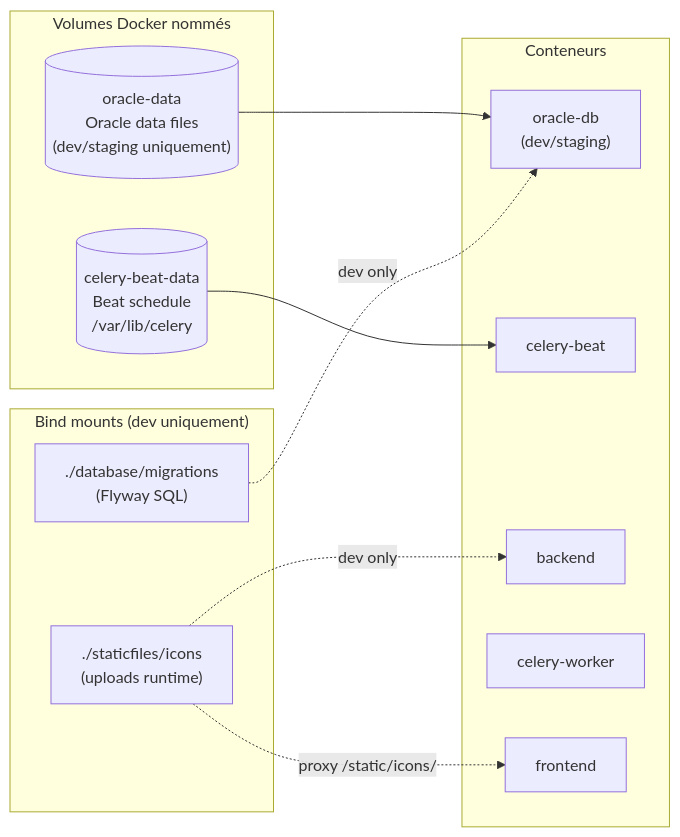
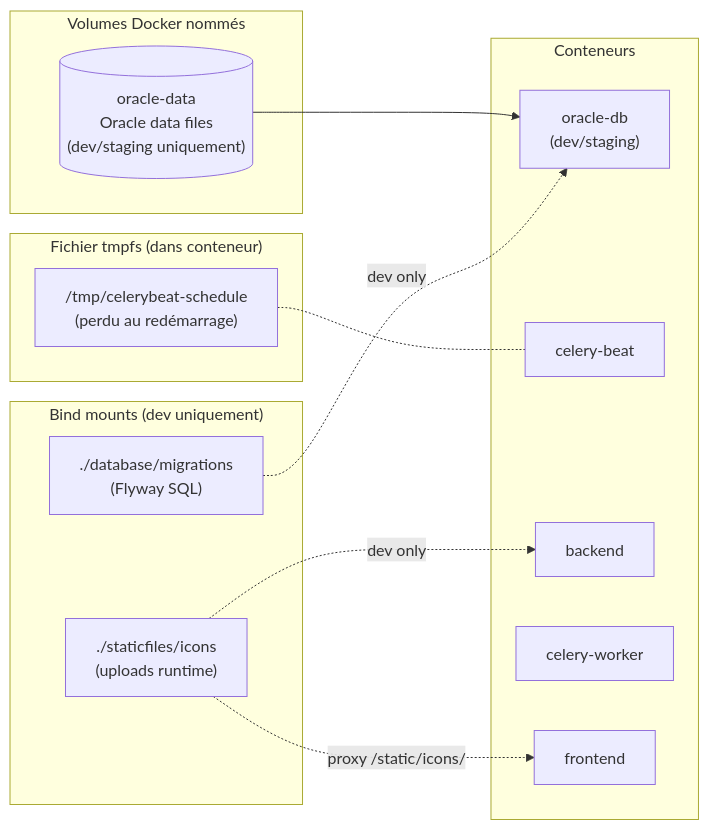
Before and after one commit to cmodiano/dbops-idp-portal: the third of 6 diagrams in docs/architecture/container-architecture.md, drawn with Mermaid. The commit also changed other lines of this file and 3 other files, not shown here.

First line of the commit message:
docs(architecture): documentation conteneurs Docker story 87-3

````diff
--- a/docs/architecture/container-architecture.md
+++ b/docs/architecture/container-architecture.md
@@ -137,26 +139,29 @@
 ```mermaid
 flowchart LR
     subgraph VOLUMES["Volumes Docker nommés"]
         VOL_ORA[("oracle-data\nOracle data files\n(dev/staging uniquement)")]
-        VOL_BEAT[("celery-beat-data\nBeat schedule\n/var/lib/celery")]
     end
 
     subgraph CONTAINERS["Conteneurs"]
         ORA["oracle-db\n(dev/staging)"]
         CB["celery-beat"]
         BE["backend"]
         CW["celery-worker"]
         FE["frontend"]
     end
 
+    subgraph TMPFS["Fichier tmpfs (dans conteneur)"]
+        TMP_BEAT["/tmp/celerybeat-schedule\n(perdu au redémarrage)"]
+    end
+
     subgraph BIND_MOUNTS["Bind mounts (dev uniquement)"]
         MIG["./database/migrations\n(Flyway SQL)"]
         STATIC["./staticfiles/icons\n(uploads runtime)"]
     end
 
     VOL_ORA --> ORA
-    VOL_BEAT --> CB
+    TMP_BEAT -.- CB
     MIG -.->|"dev only"| ORA
     STATIC -.->|"dev only"| BE
     STATIC -.->|"proxy /static/icons/"| FE
 ```
````
